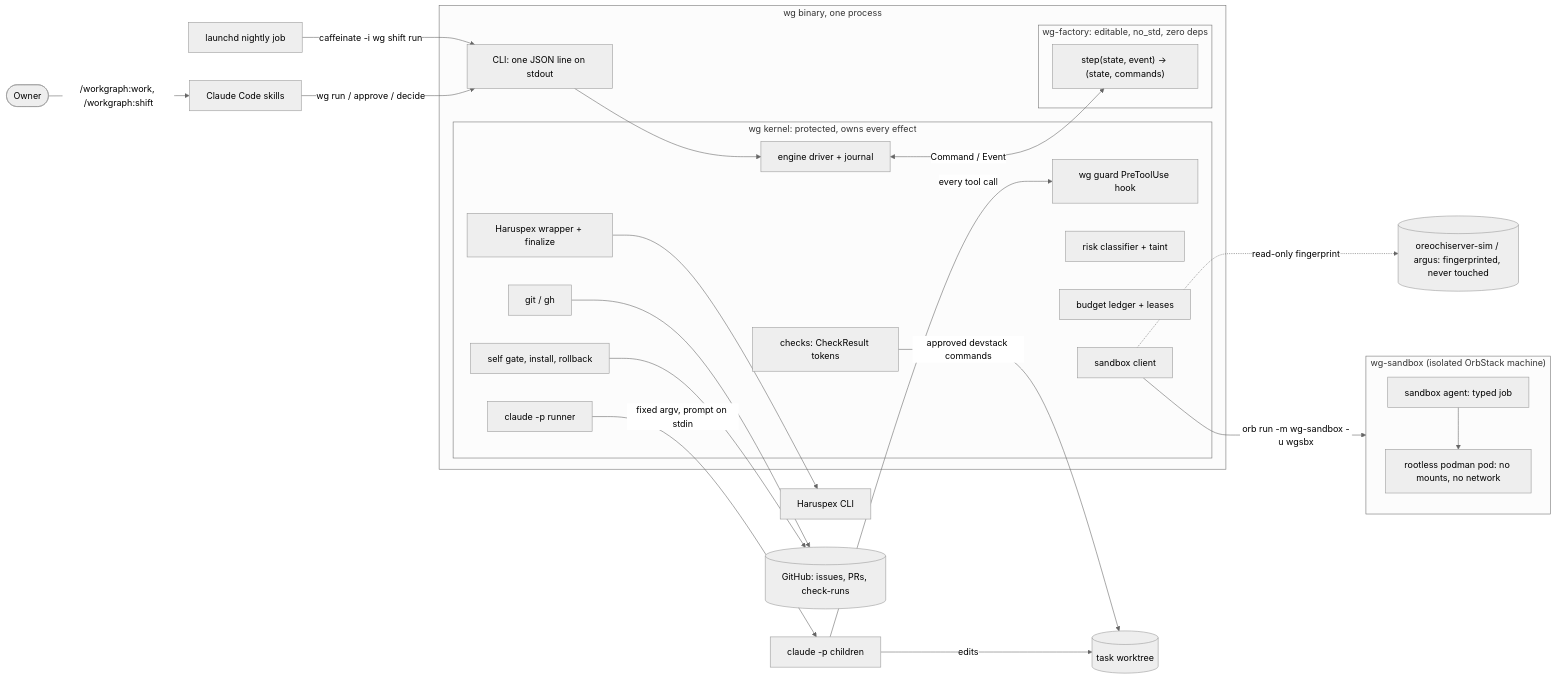
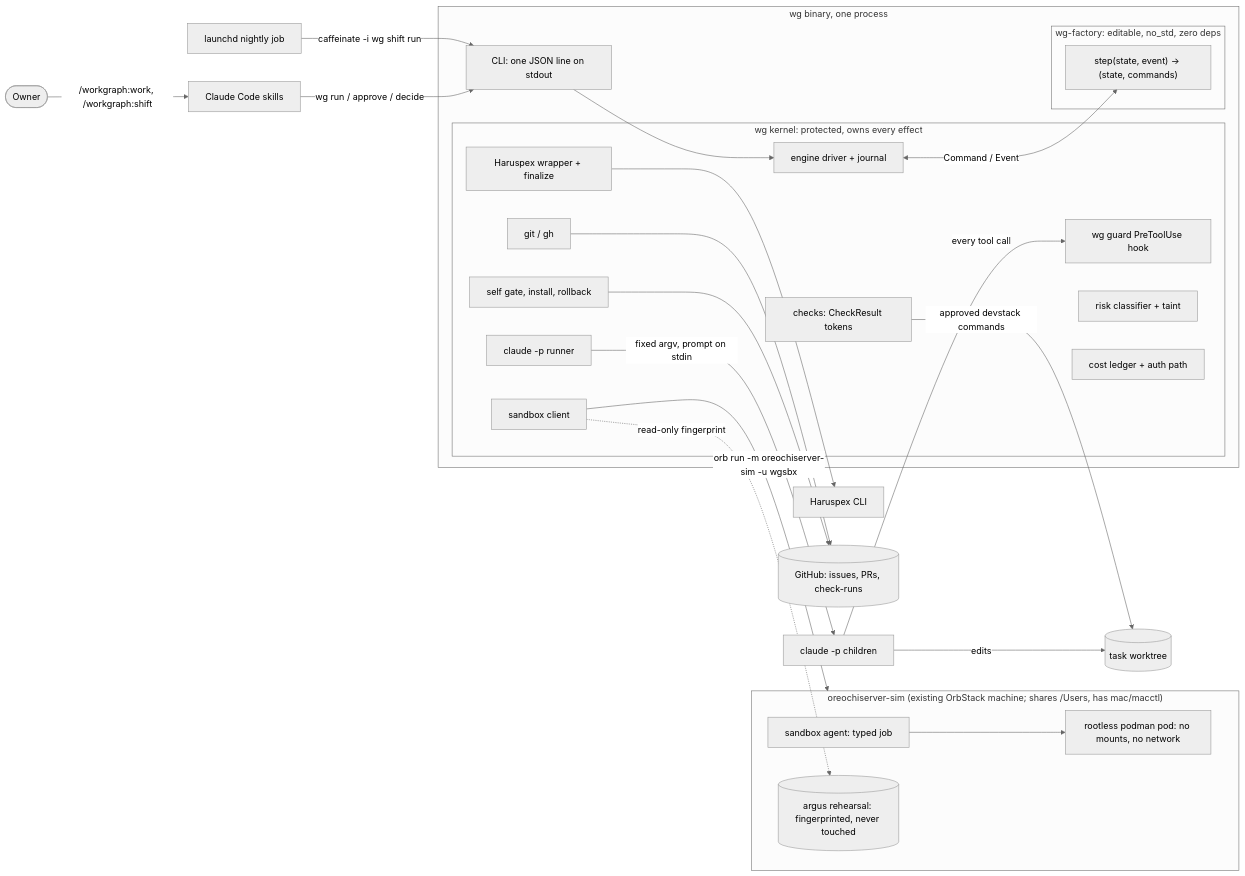
One commit to pxm-0/workgraph changed the diagram in docs/design/factory.md. Above: the diagram before and after it, drawn with Mermaid (neutral theme). The commit also changed other lines of this file, not shown here.

````diff
--- a/docs/design/factory.md
+++ b/docs/design/factory.md
@@ -74,38 +74,38 @@
 ```mermaid
 flowchart LR
   owner([Owner]) -->|"/workgraph:work, /workgraph:shift"| skill[Claude Code skills]
   launchd[launchd nightly job] -->|"caffeinate -i wg shift run"| cli
   skill -->|"wg run / approve / decide"| cli
   subgraph wgbin["wg binary, one process"]
     cli["CLI: one JSON line on stdout"] --> driver
     subgraph kernel["wg kernel: protected, owns every effect"]
       driver["engine driver + journal"]
       runner["claude -p runner"]
       guard["wg guard PreToolUse hook"]
       checks["checks: CheckResult tokens"]
       risk["risk classifier + taint"]
-      budget["budget ledger + leases"]
+      budget["cost ledger + auth path"]
       hx["Haruspex wrapper + finalize"]
       gitgh["git / gh"]
       sbx["sandbox client"]
       selfgate["self gate, install, rollback"]
     end
     subgraph factory["wg-factory: editable, no_std, zero deps"]
       engine["step(state, event) -> (state, commands)"]
     end
     driver <-->|"Command / Event"| engine
   end
   runner -->|"fixed argv, prompt on stdin"| claude["claude -p children"]
   claude -->|"every tool call"| guard
   claude -->|"edits"| wt[("task worktree")]
   checks -->|"approved devstack commands"| wt
-  sbx -->|"orb run -m wg-sandbox -u wgsbx"| sim
-  subgraph sim["wg-sandbox (isolated OrbStack machine)"]
+  sbx -->|"orb run -m oreochiserver-sim -u wgsbx"| sim
+  subgraph sim["oreochiserver-sim (existing OrbStack machine; shares /Users, has mac/macctl)"]
     agent["sandbox agent: typed job"] --> pod["rootless podman pod: no mounts, no network"]
+    argus[("argus rehearsal: fingerprinted, never touched")]
   end
-  argus[("oreochiserver-sim / argus: fingerprinted, never touched")]
   sbx -.->|"read-only fingerprint"| argus
   hx --> harus["Haruspex CLI"]
   gitgh --> gh[("GitHub: issues, PRs, check-runs")]
   selfgate --> gh
 ```
````
